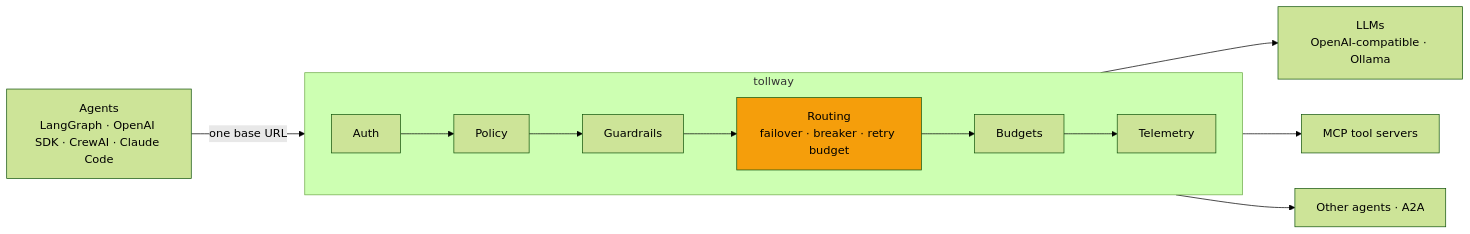
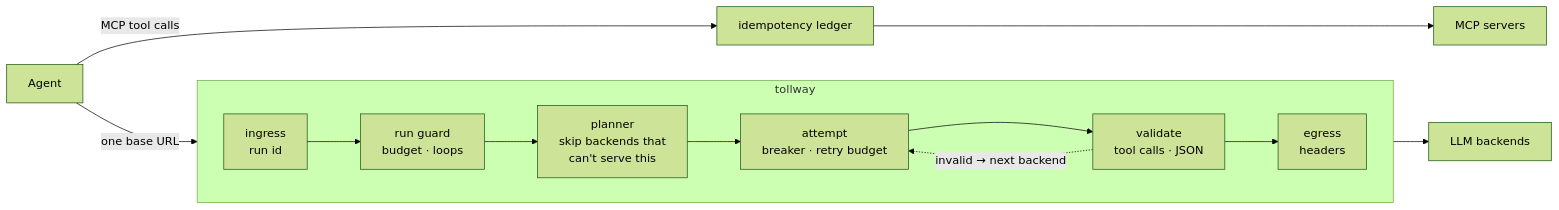
Before and after one commit to heManKuMAR6/tollway: the diagram in README.md, drawn with Mermaid (forest theme). The commit also changed other lines of this file, not shown here.

````diff
--- a/README.md
+++ b/README.md
@@ -70,15 +75,13 @@
 ```mermaid
 flowchart LR
-    A[Agents<br/>LangGraph · OpenAI SDK · CrewAI · Claude Code] -->|one base URL| G
+    A[Agent] -->|one base URL| I
 
-    subgraph G[tollway]
+    subgraph T[tollway]
         direction LR
-        S1[Auth] --> S2[Policy] --> S3[Guardrails] --> S4[Routing<br/>failover · breaker · retry budget] --> S5[Budgets] --> S6[Telemetry]
+        I[ingress<br/>run id] --> G[run guard<br/>budget · loops] --> P[planner<br/>skip backends that<br/>can't serve this] --> X[attempt<br/>breaker · retry budget] --> V[validate<br/>tool calls · JSON] --> E[egress<br/>headers]
+        V -. invalid → next backend .-> X
     end
 
-    G --> L[LLMs<br/>OpenAI-compatible · Ollama]
-    G --> M[MCP tool servers]
-    G --> X[Other agents · A2A]
-
-    style S4 fill:#f59e0b,color:#000
+    E --> L[LLM backends]
+    A -->|MCP tool calls| D[idempotency ledger] --> M[MCP servers]
 ```
````
